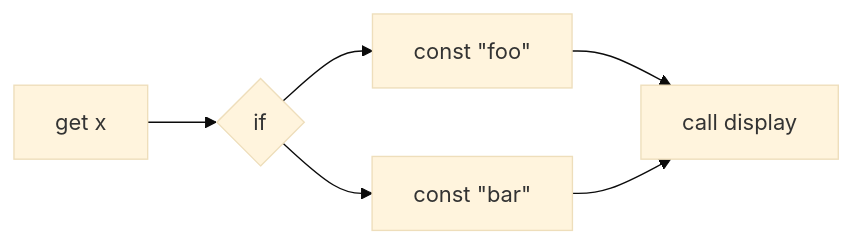
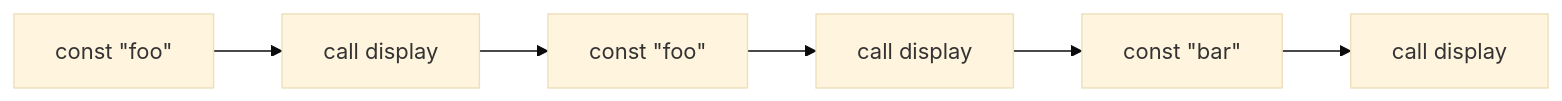
The diagram in slides/papers/stak-scheme/duplicate-strings.mmd (raviqqe/doc), drawn with Mermaid (base theme) before and after one commit.

```diff
--- a/slides/papers/stak-scheme/duplicate-strings.mmd
+++ b/slides/papers/stak-scheme/duplicate-strings.mmd
@@ -1,5 +1,4 @@
 flowchart LR
-  c0[get x] --> c1{if}
-  c1 --> c2[const #quot;foo#quot;] --> c4
-  c1 --> c3[const #quot;bar#quot;] --> c4
-  c4[call display]
+  c0[const #quot;foo#quot;] --> c1[call display] --> c2
+  c2[const #quot;foo#quot;] --> c3[call display] --> c4
+  c4[const #quot;bar#quot;] --> c5[call display]
```
